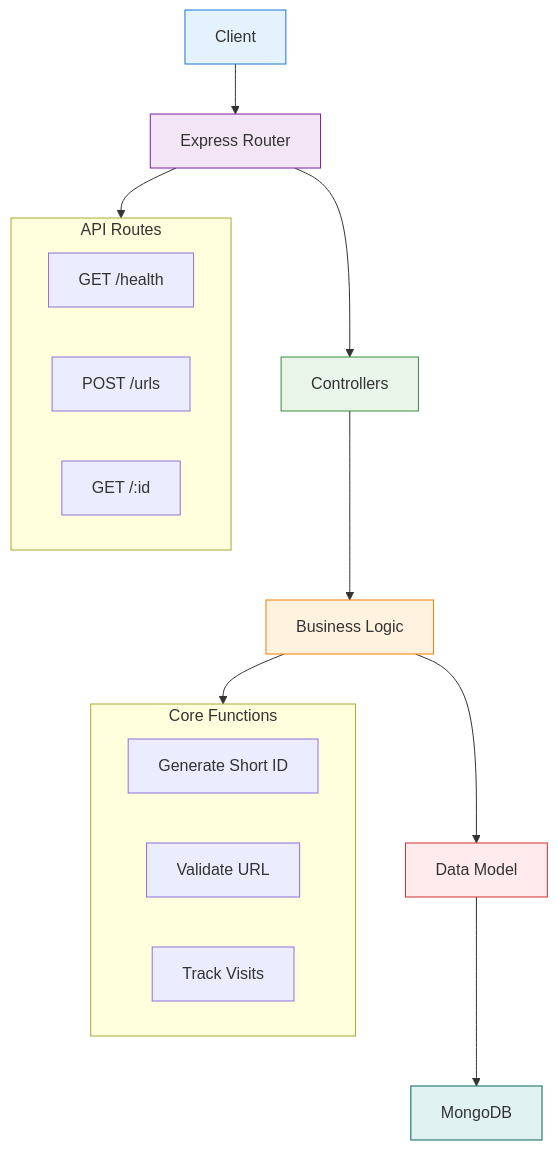
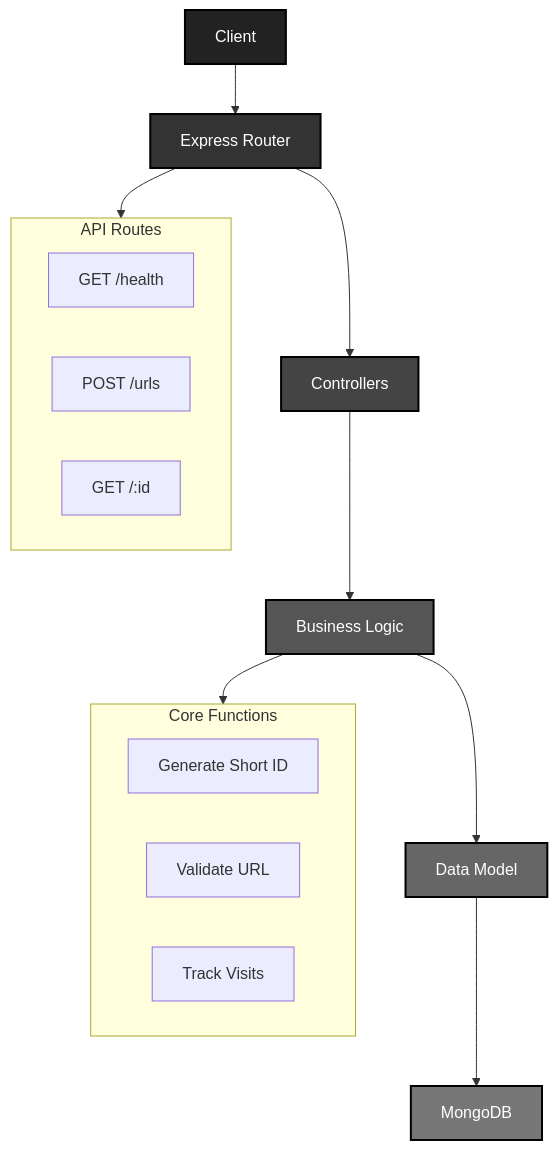
The third of 13 diagrams in url-shortener-lab02-feature-nginx-layer/README.md (Shahriarin2garden/url-shortener-lab02-feature-nginx-layer), drawn with Mermaid before and after one commit. The commit also changed other lines of this file, not shown here.

First line of the commit message:
Revise diagram color styles for clarity

````diff
--- a/url-shortener-lab02-feature-nginx-layer/README.md
+++ b/url-shortener-lab02-feature-nginx-layer/README.md
@@ -106,30 +108,30 @@
 ```mermaid
 graph TD
     Client[Client] --> Router[Express Router]
     Router --> Controller[Controllers]
     Controller --> Service[Business Logic]
     Service --> Model[Data Model]
     Model --> DB[MongoDB]
 
     subgraph Routes[API Routes]
         HealthRoute[GET /health]
         CreateRoute[POST /urls]
         RedirectRoute[GET /:id]
     end
 
     subgraph Logic[Core Functions]
         Generate[Generate Short ID]
         Validate[Validate URL]
         Track[Track Visits]
     end
 
     Router --> Routes
     Service --> Logic
 
-    style Client fill:#e3f2fd,stroke:#1976d2
-    style Router fill:#f3e5f5,stroke:#7b1fa2
-    style Controller fill:#e8f5e8,stroke:#388e3c
-    style Service fill:#fff3e0,stroke:#f57c00
-    style Model fill:#ffebee,stroke:#d32f2f
-    style DB fill:#e0f2f1,stroke:#00695c
+    style Client fill:#222,stroke:#000,stroke-width:2px,color:#fff
+    style Router fill:#333,stroke:#000,stroke-width:2px,color:#fff
+    style Controller fill:#444,stroke:#000,stroke-width:2px,color:#fff
+    style Service fill:#555,stroke:#000,stroke-width:2px,color:#fff
+    style Model fill:#666,stroke:#000,stroke-width:2px,color:#fff
+    style DB fill:#777,stroke:#000,stroke-width:2px,color:#fff
 ```
````
